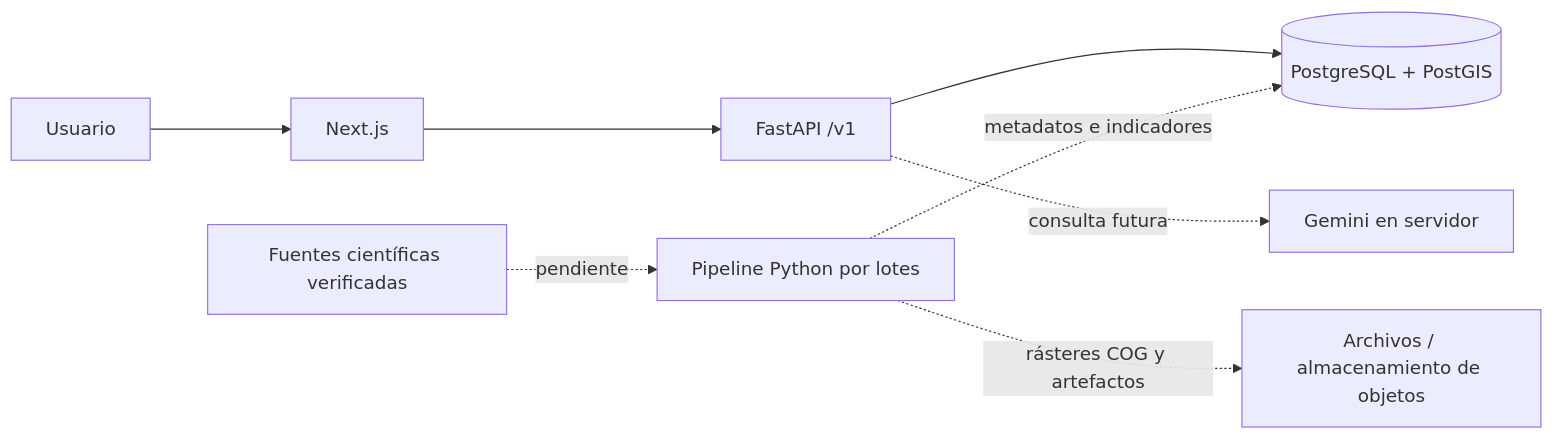
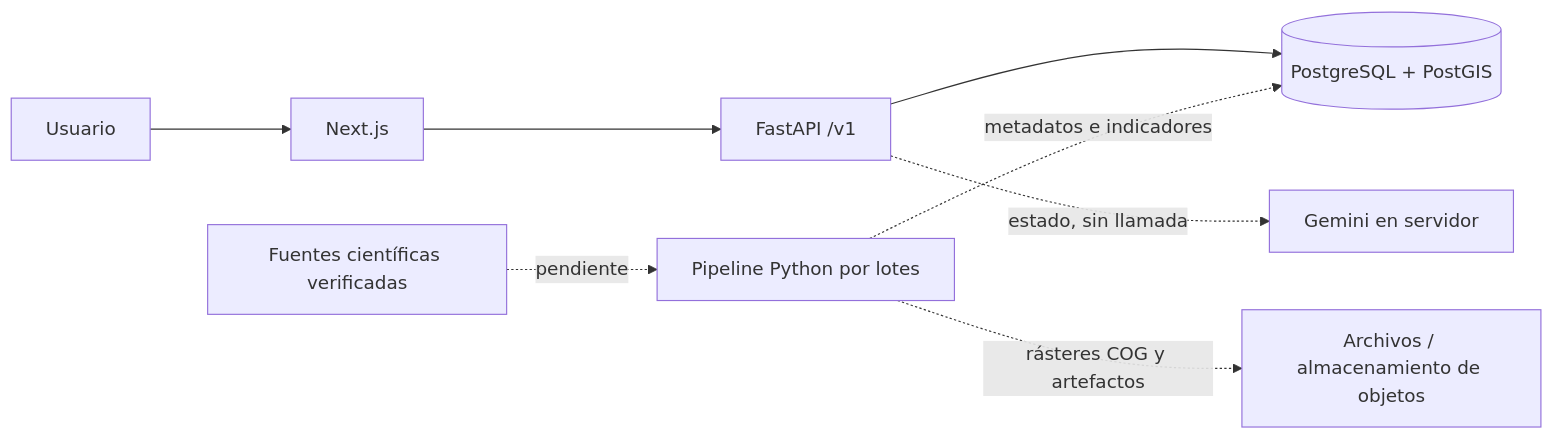
One commit to daer-1701/Cocha-Digital-Twin-AI changed the diagram in docs/architecture.md. Above: the diagram before and after it, drawn with Mermaid. The commit also changed other lines of this file and 58 other files, not shown here.

````diff
--- a/docs/architecture.md
+++ b/docs/architecture.md
@@ -10,10 +10,10 @@
 ```mermaid
 flowchart LR
     U[Usuario] --> W[Next.js]
     W --> A[FastAPI /v1]
     A --> DB[(PostgreSQL + PostGIS)]
     S[Fuentes científicas verificadas] -. pendiente .-> P[Pipeline Python por lotes]
     P -. metadatos e indicadores .-> DB
     P -. rásteres COG y artefactos .-> O[Archivos / almacenamiento de objetos]
-    A -. consulta futura .-> G[Gemini en servidor]
+    A -. estado, sin llamada .-> G[Gemini en servidor]
 ```
````
